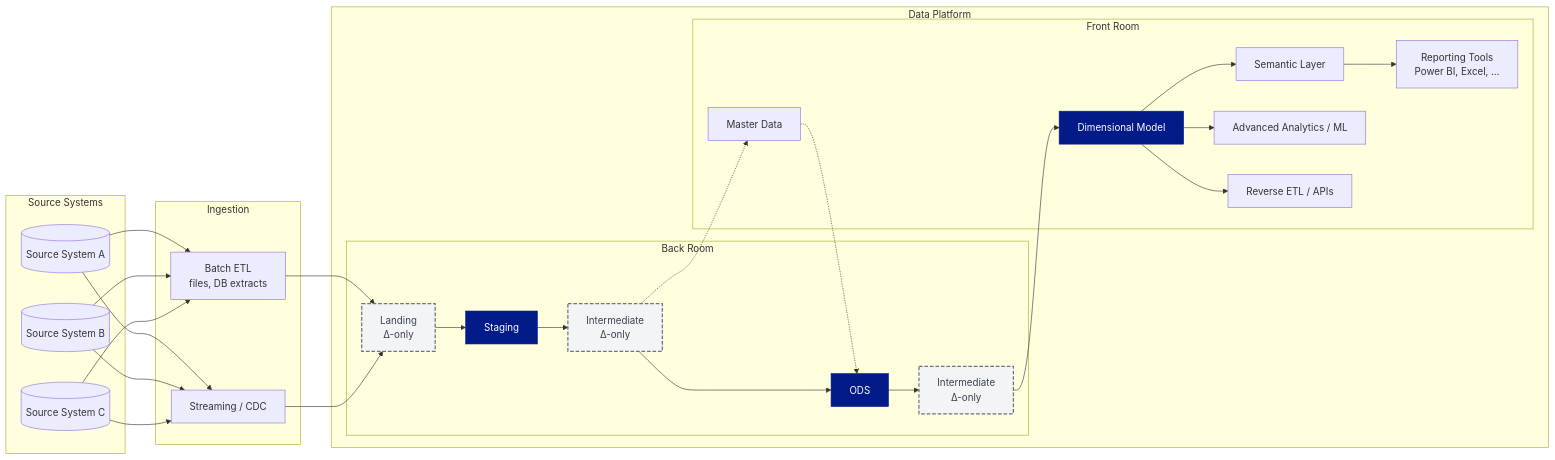
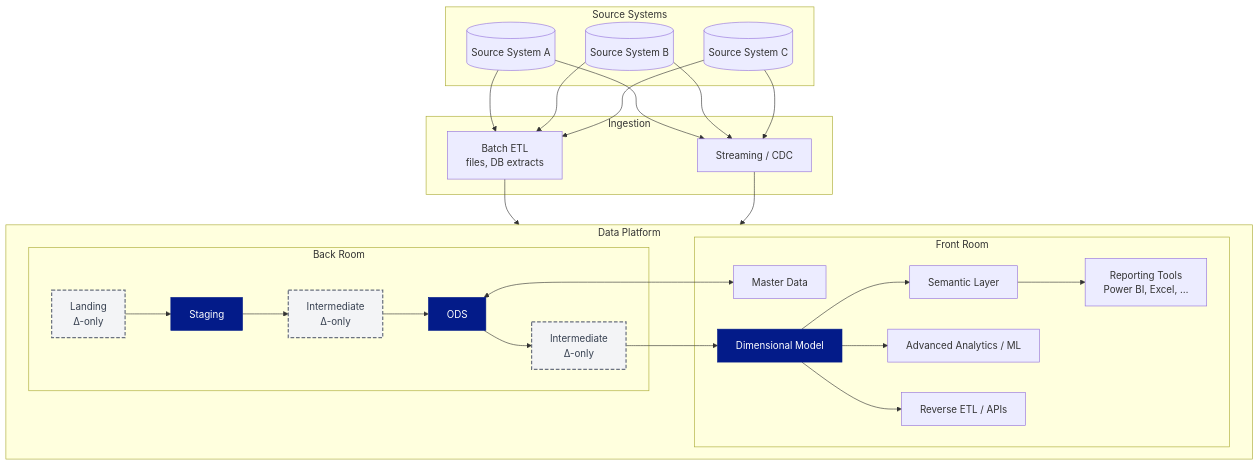
The first of 2 diagrams in Technical Guideline Ops/Architectural Principles/Data Layers and Modeling.md (PlainsightPro/Vision-Playbook), drawn with Mermaid before and after one commit.

Commit message:
Improved Architecture Image

````diff
--- a/Technical Guideline Ops/Architectural Principles/Data Layers and Modeling.md
+++ b/Technical Guideline Ops/Architectural Principles/Data Layers and Modeling.md
@@ -6,70 +6,68 @@
 ```mermaid
 ---
 config:
   theme: forest
   layout: elk
 ---
 %%{init: { "flowchart": { "useMaxWidth": true } } }%%
-graph LR
+graph TD
     %% Expanded DW/BI platform
-
     subgraph Source Systems
         A1[(Source System A)]
         A2[(Source System B)]
         A3[(Source System C)]
     end
 
     subgraph Ingestion
         I1[Batch ETL<br/>files, DB extracts]
         I2[Streaming / CDC]
     end
 
-    subgraph Data Platform
+    subgraph Data Platform 
+	    direction LR
         subgraph Back Room
             L[Landing<br/>Δ-only]:::delta
             B[Staging]:::all
             M[Intermediate<br/>Δ-only]:::delta
             C[ODS]:::all
             O[Intermediate<br/>Δ-only]:::delta
         end
 
         subgraph Front Room
             G[Master Data]
             D[Dimensional Model]:::all
             S[Semantic Layer]
             E[Reporting Tools<br/>Power BI, Excel, …]
             X[Advanced Analytics / ML]
             R[Reverse ETL / APIs]
         end
     end
 
 %% Flows
 A1 --> I1
 A2 --> I1
 A3 --> I1
 A1 --> I2
 A2 --> I2
 A3 --> I2
 
 I1 --> L
 I2 --> L
 L --> B
-M --> C
 O --> D
 D --> S
 S --> E
 D --> X
 D --> R
 B --> M
 C --> O
+M --> C
+C <--> G
 
-%% Cross-cutting (dotted = supporting)
-M -.-> G
-G -.-> C
 
 %% Node styles
 classDef delta fill:#F3F4F6,stroke:#6B7280,stroke-width:2px,stroke-dasharray:6 3,color:#374151;
 classDef all fill:#031B89,stroke:#031B89,stroke-width:1px,color:#FFFFFF;
 class A,C blueBox;
 
 ```
````
